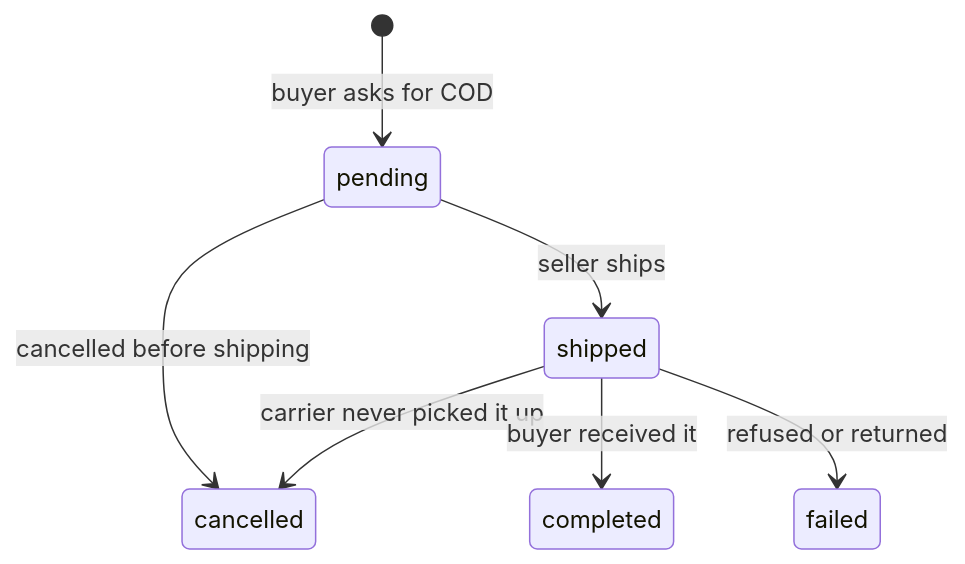
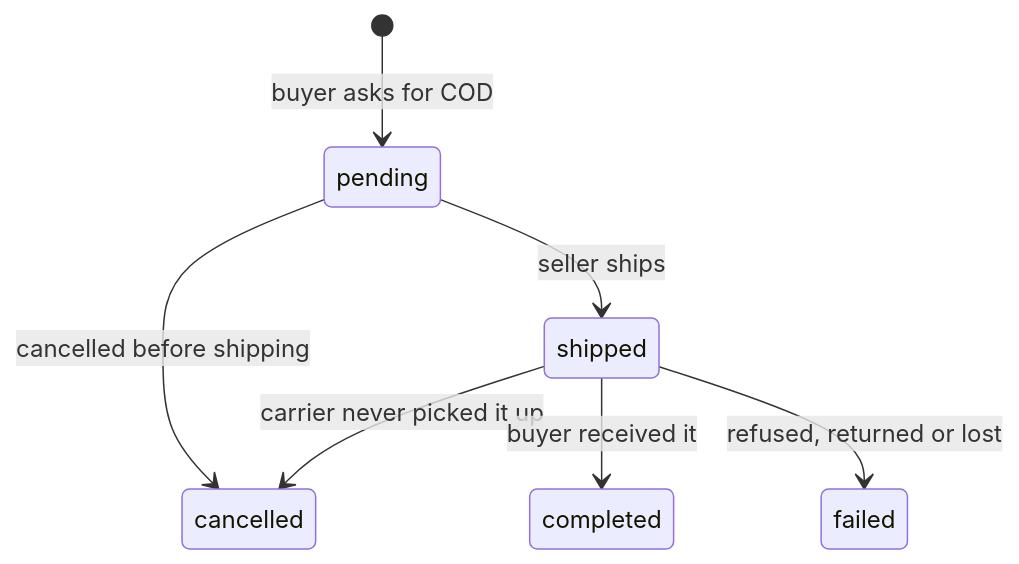
The diagram in web/src/content/docs/en/marketplace/cod-deal.mdx (shopnexus/docs), drawn with Mermaid before and after one commit. The commit also changed other lines of this file and 42 other files, not shown here.

````diff
--- a/web/src/content/docs/en/marketplace/cod-deal.mdx
+++ b/web/src/content/docs/en/marketplace/cod-deal.mdx
@@ -42,9 +44,9 @@
 ```mermaid title="Order states"
 stateDiagram-v2
   [*] --> pending: buyer asks for COD
   pending --> shipped: seller ships
   pending --> cancelled: cancelled before shipping
   shipped --> cancelled: carrier never picked it up
   shipped --> completed: buyer received it
-  shipped --> failed: refused or returned
+  shipped --> failed: refused, returned or lost
 ```
````
